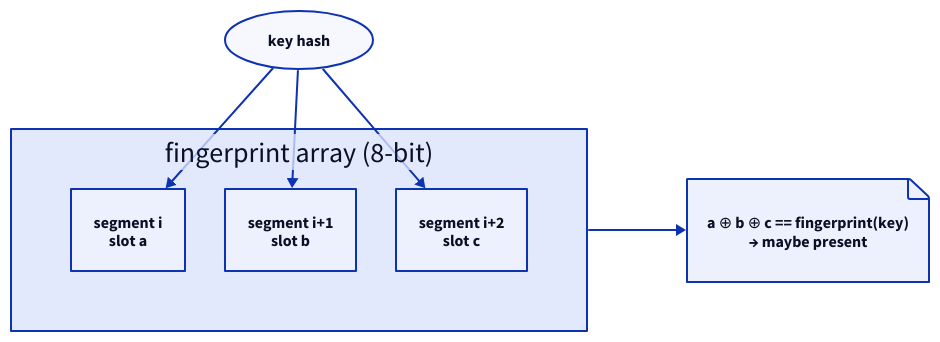
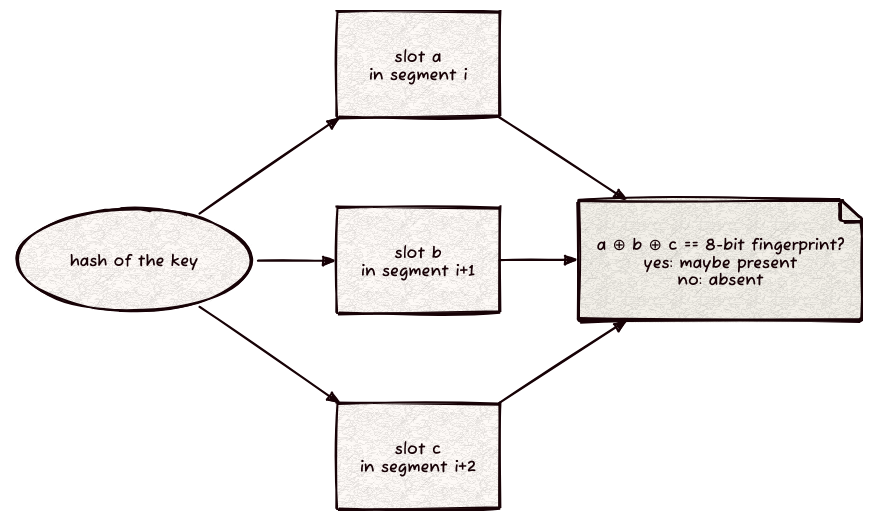
One commit to Kronuz/fusefilter changed the diagram in docs/fusefilter.d2. Above: the diagram before and after it, drawn with D2. The commit also changed 4 other files, not shown here.

First line of the commit message:
Shape the README to the family standard and redraw the diagram [skip ci]

```diff
--- a/docs/fusefilter.d2
+++ b/docs/fusefilter.d2
@@ -1,14 +1,29 @@
-# fusefilter: three slots, one XOR. Render: d2 --layout elk --sketch --theme 302 docs/fusefilter.d2 docs/fusefilter.svg
-direction: right
-key: "key hash" {shape: oval}
-slots: "fingerprint array (8-bit)" {
-  grid-columns: 3
-  s0: "segment i\nslot a"
-  s1: "segment i+1\nslot b"
-  s2: "segment i+2\nslot c"
+# fusefilter: a key's hash picks one 8-bit slot in each of three consecutive segments; their XOR is its fingerprint.
+# Render: d2 --layout elk --sketch --theme 302 docs/fusefilter.d2 docs/fusefilter.svg
+vars: { d2-config: { layout-engine: elk; theme-id: 302; sketch: true; pad: 24 } }
+# Three columns of three cells, filled column by column: the key, the slots, the check.
+grid-columns: 3
+horizontal-gap: 80
+vertical-gap: 90
+
+g1: "" {style.opacity: 0}
+key: "hash of the key" {shape: oval}
+g2: "" {style.opacity: 0}
+
+a: "slot a\nin segment i"
+b: "slot b\nin segment i+1"
+c: "slot c\nin segment i+2"
+
+g3: "" {style.opacity: 0}
+check: "a ⊕ b ⊕ c == 8-bit fingerprint?\nyes: maybe present\nno: absent" {
+  shape: page
+  style.fill: "#F4F1EA"
 }
-fp: "a ⊕ b ⊕ c == fingerprint(key)\n→ maybe present" {shape: page}
-key -> slots.s0
-key -> slots.s1
-key -> slots.s2
-slots -> fp
+g4: "" {style.opacity: 0}
+
+key -> a
+key -> b
+key -> c
+a -> check
+b -> check
+c -> check
```
